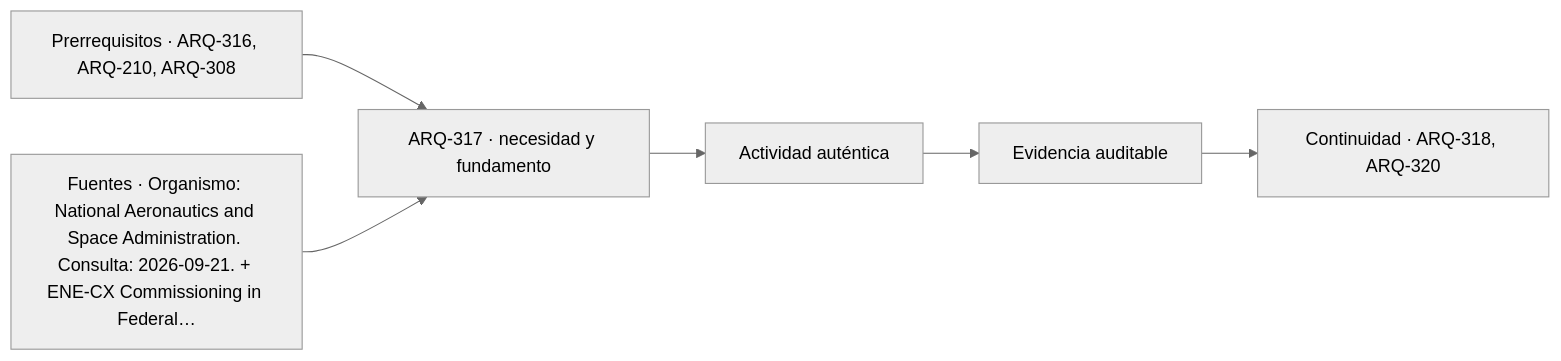
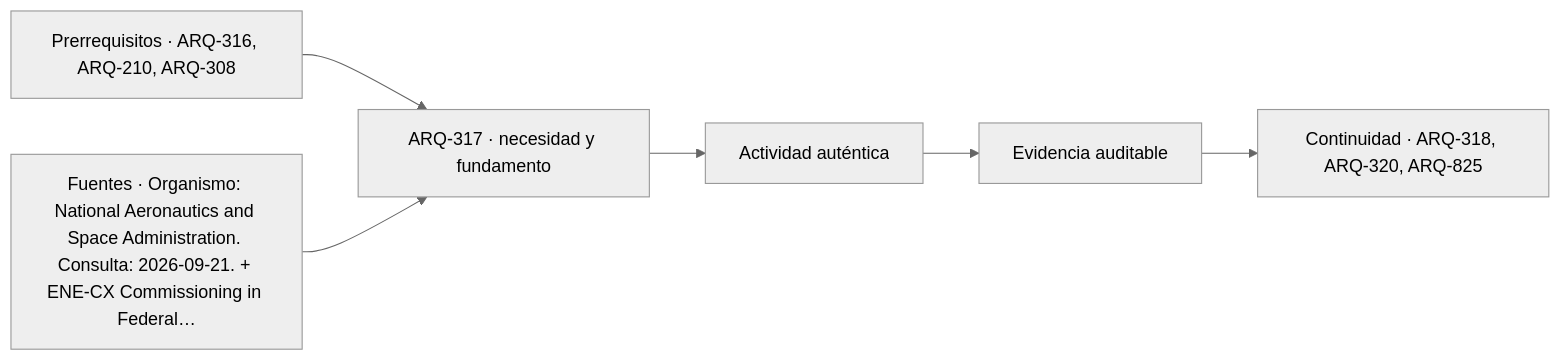
Before and after one commit to vladimiracunadev-create/architecture-built-environment-learning-program: the diagram in classes/parte-32/ARQ-317.md, drawn with Mermaid (neutral theme). The commit also changed other lines of this file and 234 other files, not shown here.

````diff
--- a/classes/parte-32/ARQ-317.md
+++ b/classes/parte-32/ARQ-317.md
@@ -119,8 +119,8 @@
 ```mermaid
 flowchart LR
     A["Prerrequisitos · ARQ-316, ARQ-210, ARQ-308"] --> B["ARQ-317 · necesidad y fundamento"]
     S["Fuentes · Organismo: National Aeronautics and Space Administration. Consulta: 2026-09-21. + ENE-CX Commissioning in Federal…"] --> B
     B --> C["Actividad auténtica"]
     C --> D["Evidencia auditable"]
-    D --> E["Continuidad · ARQ-318, ARQ-320"]
+    D --> E["Continuidad · ARQ-318, ARQ-320, ARQ-825"]
 ```
````
